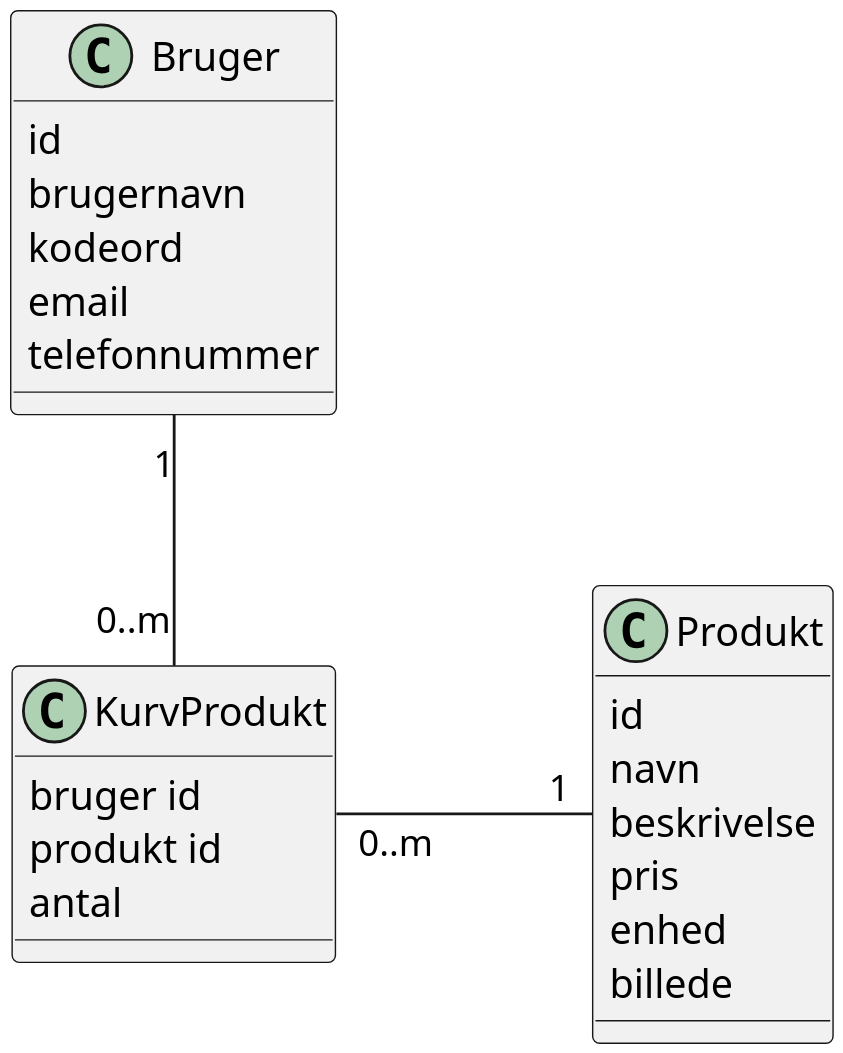
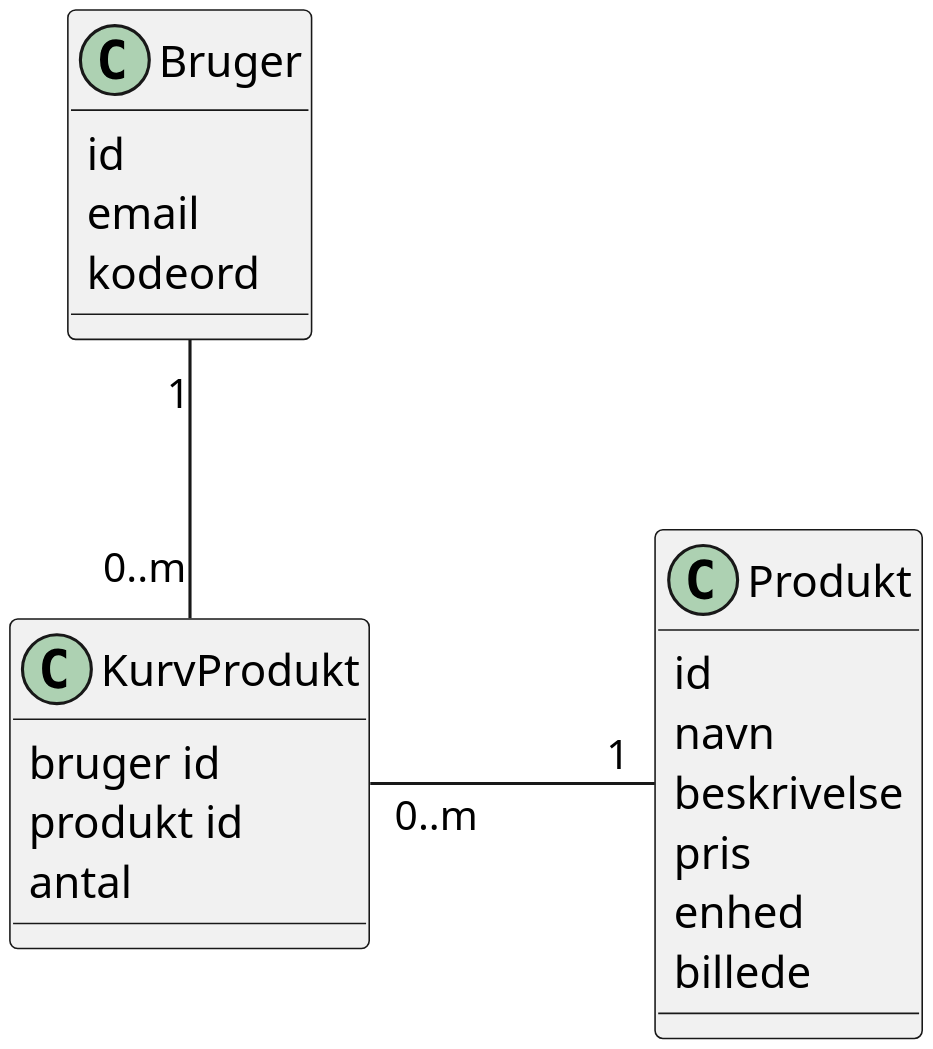
Before and after one commit to sofush/grontsag: the diagram in diagram/domain-model.puml, drawn with PlantUML. The commit also changed 1 other file, not shown here.

Commit message:
docs: update diagrams

```diff
--- a/diagram/domain-model.puml
+++ b/diagram/domain-model.puml
@@ -1,30 +1,28 @@
 @startuml domain model
 scale 1920*1080
 
 ' Conceptual classes
 class Produkt {
   id
   navn
   beskrivelse
   pris
   enhed
   billede
 }
 class KurvProdukt {
   bruger id
   produkt id
   antal
 }
 class Bruger {
   id
-  brugernavn
+  email
   kodeord
-  email
-  telefonnummer
 }
 
 ' Relationships
 KurvProdukt "0..m" -r- "1" Produkt: \t\t
 Bruger "1" -- "0..m" KurvProdukt
 
 @enduml
```
